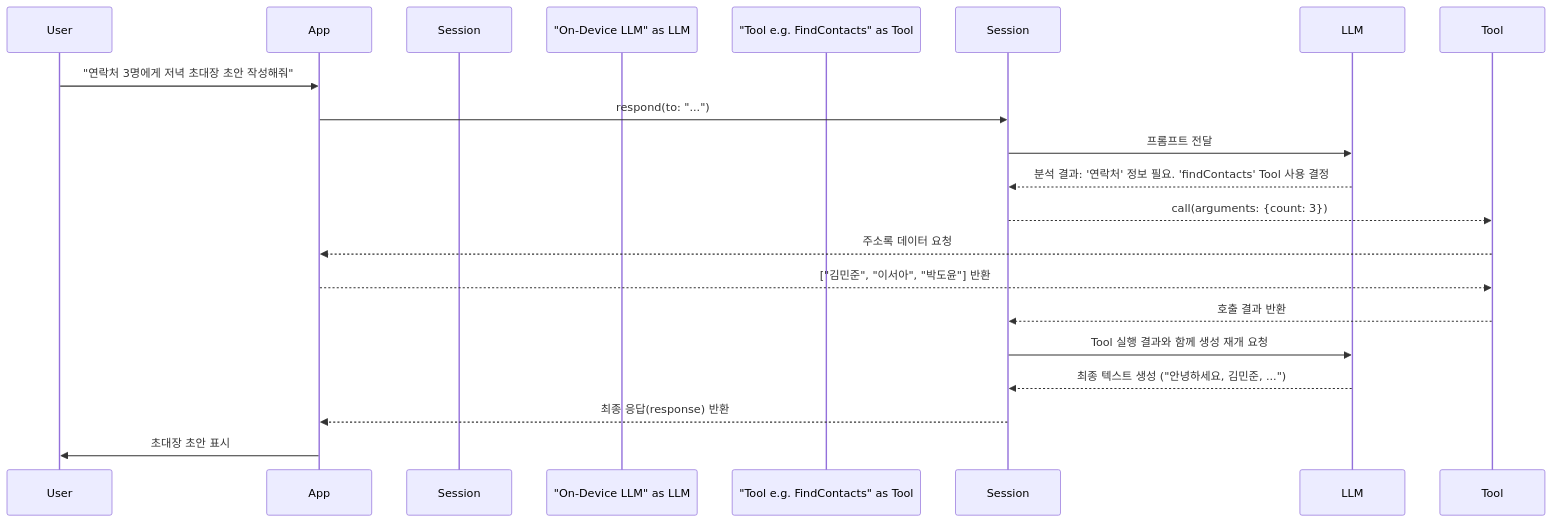
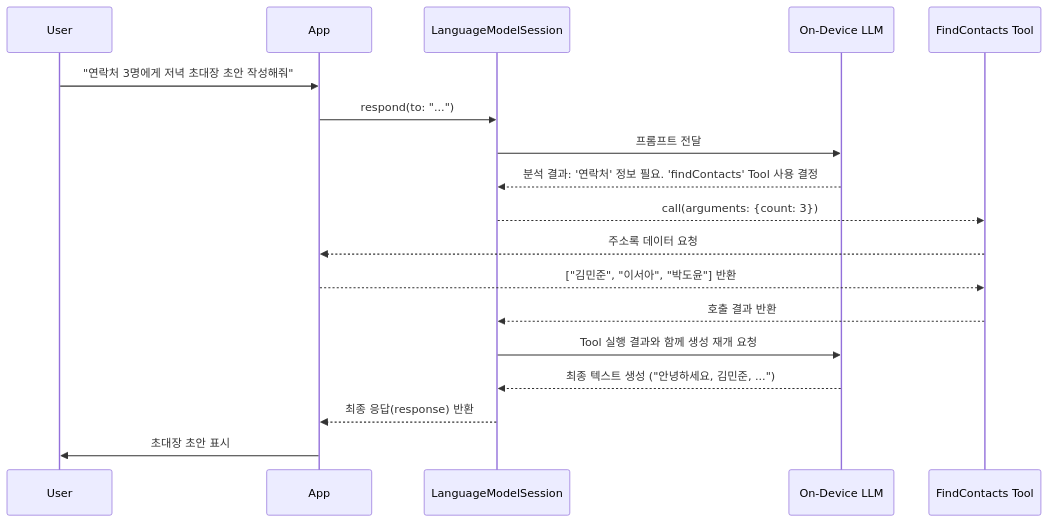
The diagram in content/ios-ai/apple-foundation-models-on-device-llm.mdx (Mino777/ai-study), drawn with Mermaid before and after one commit. The commit also changed other lines of this file and 3 other files, not shown here.

````diff
--- a/content/ios-ai/apple-foundation-models-on-device-llm.mdx
+++ b/content/ios-ai/apple-foundation-models-on-device-llm.mdx
@@ -138,21 +159,21 @@
 ```mermaid
 sequenceDiagram
     participant User
     participant App
-    participant "LanguageModelSession" as Session
-    participant "On-Device LLM" as LLM
-    participant "Tool e.g. FindContacts" as Tool
+    participant Session as LanguageModelSession
+    participant LLM as On-Device LLM
+    participant Tool as FindContacts Tool
 
     User->>App: "연락처 3명에게 저녁 초대장 초안 작성해줘"
     App->>Session: respond(to: "...")
     Session->>LLM: 프롬프트 전달
     LLM-->>Session: 분석 결과: '연락처' 정보 필요. 'findContacts' Tool 사용 결정
     Session-->>Tool: call(arguments: {count: 3})
     Tool-->>App: 주소록 데이터 요청
     App-->>Tool: ["김민준", "이서아", "박도윤"] 반환
     Tool-->>Session: 호출 결과 반환
     Session->>LLM: Tool 실행 결과와 함께 생성 재개 요청
     LLM-->>Session: 최종 텍스트 생성 ("안녕하세요, 김민준, ...")
     Session-->>App: 최종 응답(response) 반환
     App->>User: 초대장 초안 표시
 ```
````
